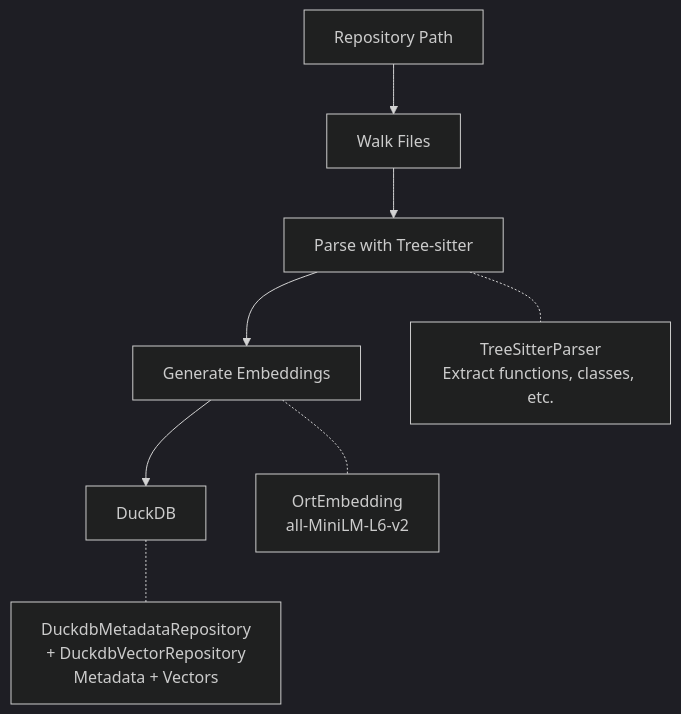
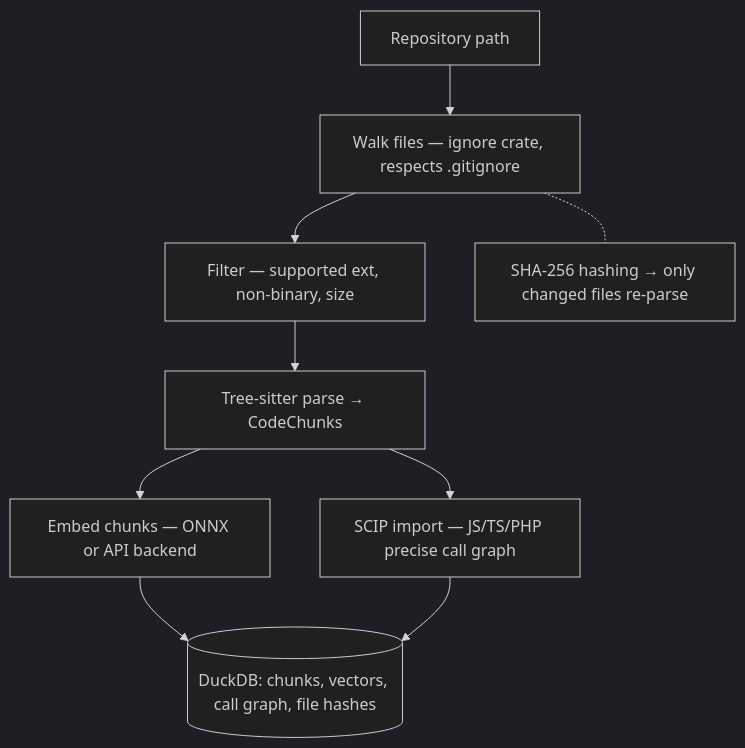
One commit to ArtemisMucaj/codesearch changed the second of 3 diagrams in docs/architecture/overview.md. Above: the diagram before and after it, drawn with Mermaid (dark theme). The commit also changed other lines of this file and 14 other files, not shown here.

````diff
--- a/docs/architecture/overview.md
+++ b/docs/architecture/overview.md
@@ -121,11 +154,12 @@
 ```mermaid
 flowchart TB
-    A[Repository Path] --> B[Walk Files]
-    B --> C[Parse with Tree-sitter]
-    C --> D[Generate Embeddings]
-    D --> E[DuckDB]
+    A[Repository path] --> B[Walk files — ignore crate, respects .gitignore]
+    B --> C[Filter — supported ext, non-binary, size]
+    C --> D[Tree-sitter parse → CodeChunks]
+    D --> E[Embed chunks — ONNX or API backend]
+    D --> F[SCIP import — JS/TS/PHP precise call graph]
+    E --> G[(DuckDB: chunks, vectors, call graph, file hashes)]
+    F --> G
 
-    C -.- C1[TreeSitterParser<br/>Extract functions, classes, etc.]
-    D -.- D1[OrtEmbedding<br/>all-MiniLM-L6-v2]
-    E -.- E1[DuckdbMetadataRepository<br/>+ DuckdbVectorRepository<br/>Metadata + Vectors]
+    B -.- B1[SHA-256 hashing → only changed files re-parse]
 ```
````
